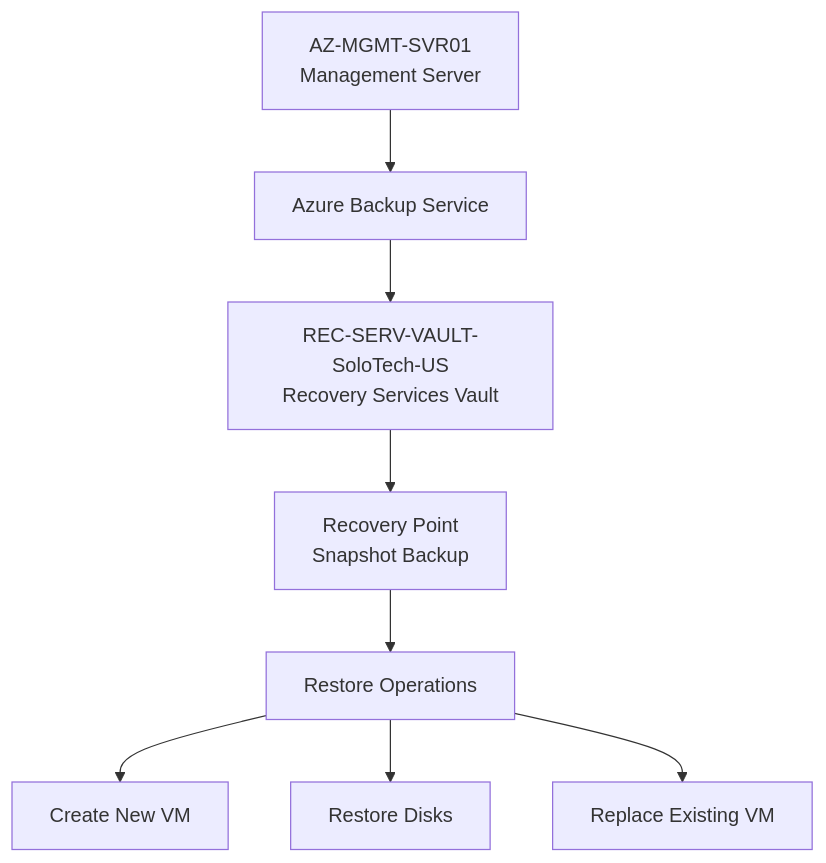
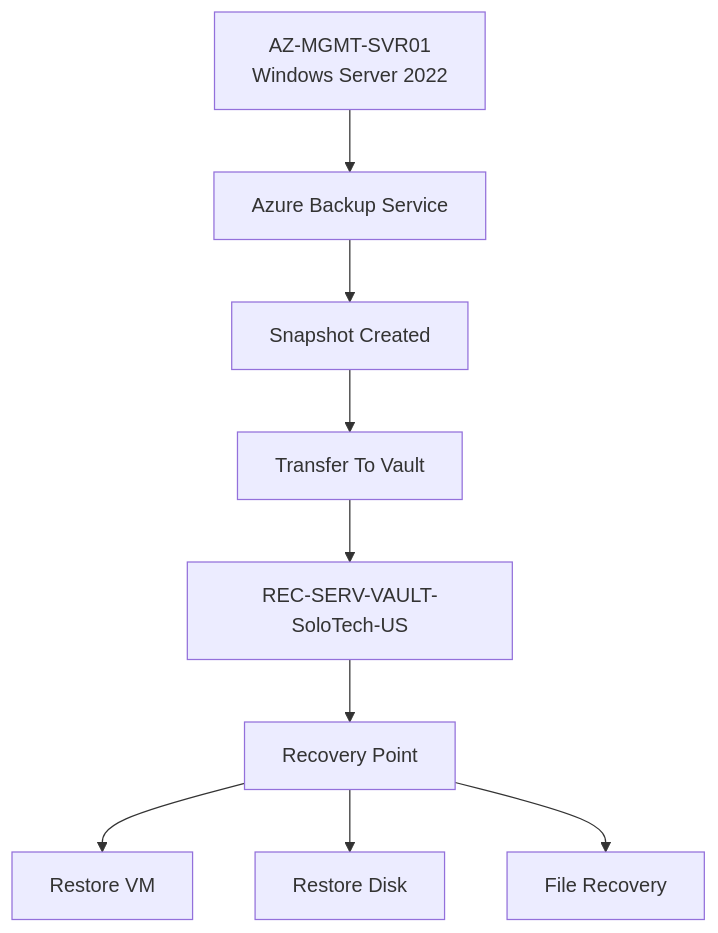
The diagram in 10-AzureBackupRecovery.md (Solomon-Botchway/Azure-Enterprise-Infrastructure-Operations-Monitoring-Project), drawn with Mermaid before and after one commit. The commit also changed other lines of this file, not shown here.

Commit message:
Update Azure Backup & Recovery documentation

````diff
--- a/10-AzureBackupRecovery.md
+++ b/10-AzureBackupRecovery.md
@@ -30,19 +27,21 @@
 ```mermaid
 flowchart TB
 
-    A[AZ-MGMT-SVR01<br>Management Server]
+    A[AZ-MGMT-SVR01<br>Windows Server 2022]
 
     A --> B[Azure Backup Service]
 
-    B --> C[REC-SERV-VAULT-SoloTech-US<br>Recovery Services Vault]
+    B --> C[Snapshot Created]
 
-    C --> D[Recovery Point<br>Snapshot Backup]
+    C --> D[Transfer To Vault]
 
-    D --> E[Restore Operations]
+    D --> E[REC-SERV-VAULT-SoloTech-US]
 
-    E --> F[Create New VM]
+    E --> F[Recovery Point]
 
-    E --> G[Restore Disks]
+    F --> G[Restore VM]
 
-    E --> H[Replace Existing VM]
+    F --> H[Restore Disk]
+
+    F --> I[File Recovery]
 ```
````
